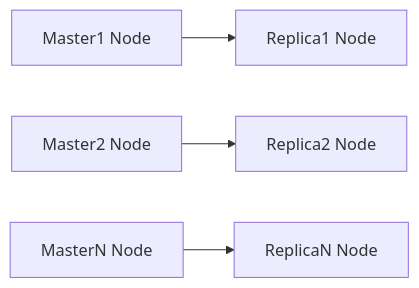
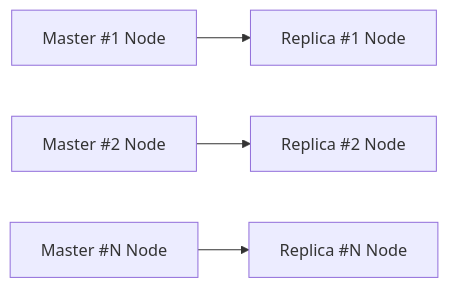
The diagram in rocky9/app/mysql/ansible_install/readme.md (QubitSecurity/howto), drawn with Mermaid before and after one commit.

````diff
--- a/rocky9/app/mysql/ansible_install/readme.md
+++ b/rocky9/app/mysql/ansible_install/readme.md
@@ -31,16 +31,16 @@
 ```mermaid
 graph LR
-        Master1[Master1 Node]
-        Replica1[Replica1 Node]
+        Master1[Master #1 Node]
+        Replica1[Replica #1 Node]
 
-        Master2[Master2 Node]
-        Replica2[Replica2 Node]
+        Master2[Master #2 Node]
+        Replica2[Replica #2 Node]
 
-        MasterN[MasterN Node]
-        ReplicaN[ReplicaN Node]
+        MasterN[Master #N Node]
+        ReplicaN[Replica #N Node]
 
     Master1 --> Replica1
     Master2 --> Replica2
     MasterN --> ReplicaN
 
 ```
````
